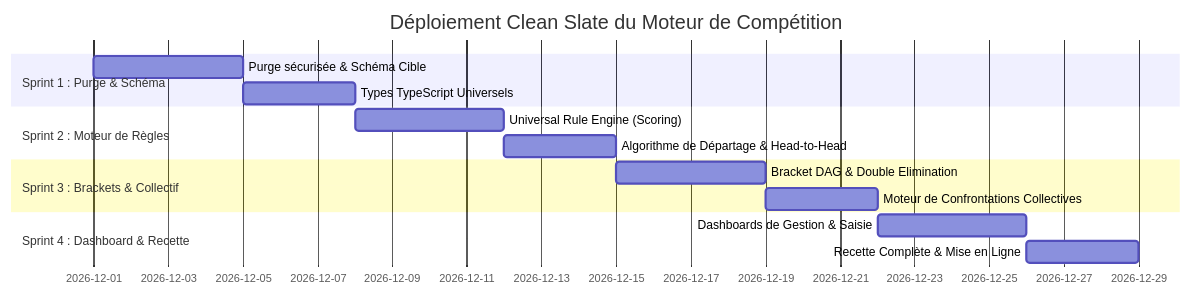
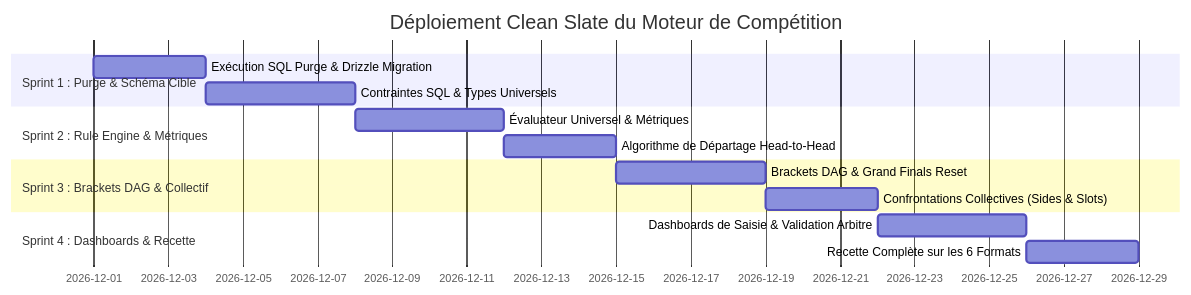
The second of 2 diagrams in docs/audit-competition/07-IMPLEMENTATION-ROADMAP.md (AbdoulRachid-Mz/games-trafic), drawn with Mermaid before and after one commit. The commit also changed other lines of this file and 3 other files, not shown here.

Commit message:
docs(audit): finalize targeted architectural corrections with composite FKs, metrics engine and safe migration plan

````diff
--- a/docs/audit-competition/07-IMPLEMENTATION-ROADMAP.md
+++ b/docs/audit-competition/07-IMPLEMENTATION-ROADMAP.md
@@ -47,17 +67,17 @@
 ```mermaid
 gantt
     title Déploiement Clean Slate du Moteur de Compétition
     dateFormat  YYYY-MM-DD
-    section Sprint 1 : Purge & Schéma
-    Purge sécurisée & Schéma Cible       :s1_1, 2026-12-01, 4d
-    Types TypeScript Universels          :s1_2, after s1_1, 3d
-    section Sprint 2 : Moteur de Règles
-    Universal Rule Engine (Scoring)      :s2_1, after s1_2, 4d
-    Algorithme de Départage & Head-to-Head :s2_2, after s2_1, 3d
-    section Sprint 3 : Brackets & Collectif
-    Bracket DAG & Double Elimination     :s3_1, after s2_2, 4d
-    Moteur de Confrontations Collectives :s3_2, after s3_1, 3d
-    section Sprint 4 : Dashboard & Recette
-    Dashboards de Gestion & Saisie       :s4_1, after s3_2, 4d
-    Recette Complète & Mise en Ligne     :s4_2, after s4_1, 3d
+    section Sprint 1 : Purge & Schéma Cible
+    Exécution SQL Purge & Drizzle Migration   :s1_1, 2026-12-01, 3d
+    Contraintes SQL & Types Universels        :s1_2, after s1_1, 4d
+    section Sprint 2 : Rule Engine & Métriques
+    Évaluateur Universel & Métriques          :s2_1, after s1_2, 4d
+    Algorithme de Départage Head-to-Head      :s2_2, after s2_1, 3d
+    section Sprint 3 : Brackets DAG & Collectif
+    Brackets DAG & Grand Finals Reset         :s3_1, after s2_2, 4d
+    Confrontations Collectives (Sides & Slots):s3_2, after s3_1, 3d
+    section Sprint 4 : Dashboards & Recette
+    Dashboards de Saisie & Validation Arbitre :s4_1, after s3_2, 4d
+    Recette Complète sur les 6 Formats        :s4_2, after s4_1, 3d
 ```
````
